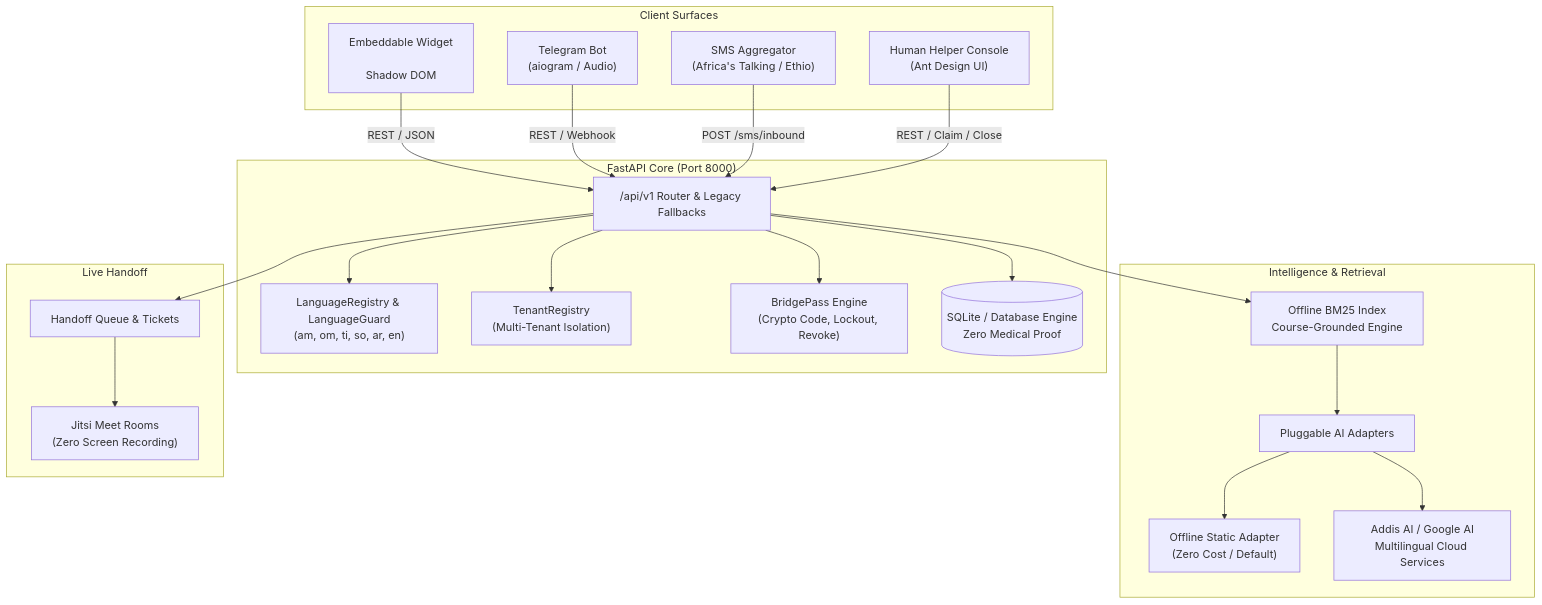
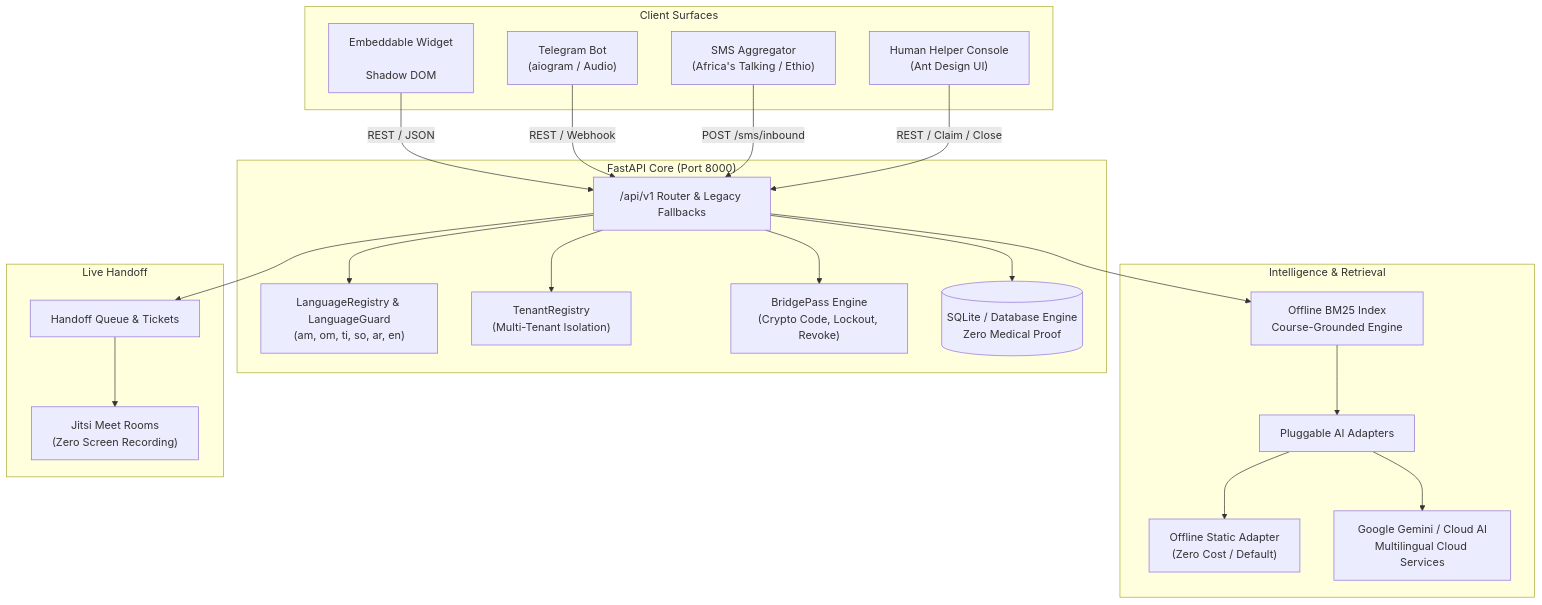
One commit to Temkin236/savanna-bridge-assistant changed the diagram in docs/ARCHITECTURE.md. Above: the diagram before and after it, drawn with Mermaid. The commit also changed 39 other files, not shown here.

````diff
--- a/docs/ARCHITECTURE.md
+++ b/docs/ARCHITECTURE.md
@@ -10,47 +10,47 @@
 ```mermaid
 flowchart TD
     subgraph Client Surfaces
         W["Embeddable Widget\n<db-assistant>\nShadow DOM"]
         TG["Telegram Bot\n(aiogram / Audio)"]
         SMS["SMS Aggregator\n(Africa's Talking / Ethio)"]
         HC["Human Helper Console\n(Ant Design UI)"]
     end
 
     subgraph Core Gateway ["FastAPI Core (Port 8000)"]
         V1["/api/v1 Router & Legacy Fallbacks"]
         LR["LanguageRegistry & LanguageGuard\n(am, om, ti, so, ar, en)"]
         TR["TenantRegistry\n(Multi-Tenant Isolation)"]
         BP["BridgePass Engine\n(Crypto Code, Lockout, Revoke)"]
         DB[(SQLite / Database Engine\nZero Medical Proof)]
     end
 
     subgraph Intelligence & Retrieval
         BM25["Offline BM25 Index\nCourse-Grounded Engine"]
         ADAPT["Pluggable AI Adapters"]
         OFFLINE["Offline Static Adapter\n(Zero Cost / Default)"]
-        CLOUD["Addis AI / Google AI\nMultilingual Cloud Services"]
+        CLOUD["Google Gemini / Cloud AI\nMultilingual Cloud Services"]
     end
 
     subgraph Live Handoff
         JITSI["Jitsi Meet Rooms\n(Zero Screen Recording)"]
         QUEUE["Handoff Queue & Tickets"]
     end
 
     W -->|REST / JSON| V1
     TG -->|REST / Webhook| V1
     SMS -->|POST /sms/inbound| V1
     HC -->|REST / Claim / Close| V1
 
     V1 --> LR
     V1 --> TR
     V1 --> BP
     V1 --> QUEUE
     V1 --> DB
 
     V1 --> BM25
     BM25 --> ADAPT
     ADAPT --> OFFLINE
     ADAPT --> CLOUD
 
     QUEUE --> JITSI
 ```
````
